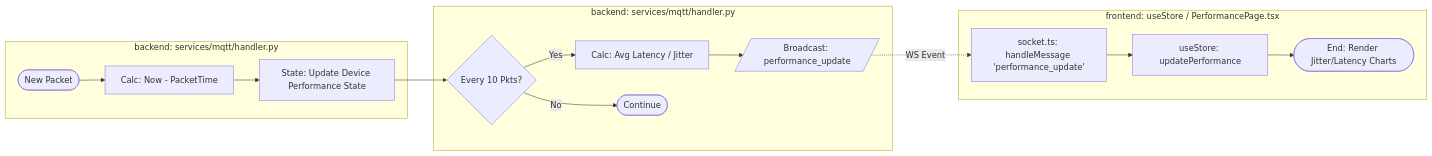
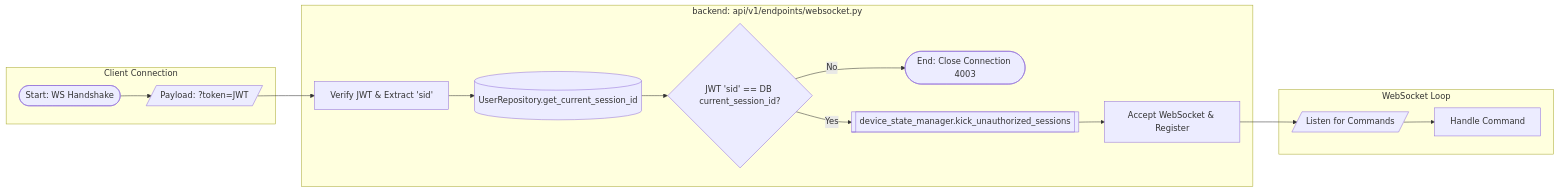
The ninth of 9 diagrams in SYSTEM_FLOWS.md (affanrk/ecg-puskesmas), drawn with Mermaid before and after one commit. The commit also changed other lines of this file and 48 other files, not shown here.

Commit message:
FE: Update frontend components, pages, and system flow documentation

````diff
--- a/SYSTEM_FLOWS.md
+++ b/SYSTEM_FLOWS.md
@@ -534,25 +313,24 @@
 ```mermaid
 flowchart LR
-    %% SWIMLANE: INGESTION
-    subgraph Handler [backend: services/mqtt/handler.py]
-        PktIn([New Packet]) --> CalcLat["Calc: Now - PacketTime"]
-        CalcLat --> UpdateStat["State: Update Device Performance State"]
+    %% SWIMLANE: TRIGGER
+    subgraph Connection [Client Connection]
+        StartWS([Start: WS Handshake]) --> Token[/Payload: ?token=JWT/]
     end
 
-    %% SWIMLANE: LOGGING
-    subgraph Periodic [backend: services/mqtt/handler.py]
-        CheckInt{Every 10 Pkts?}
-        UpdateStat --> CheckInt
-        CheckInt -- Yes --> CalcAgg["Calc: Avg Latency / Jitter"]
-        CheckInt -- No --> Continue([Continue])
+    %% SWIMLANE: BACKEND VALIDATION
+    subgraph Validation [backend: api/v1/endpoints/websocket.py]
+        Token --> VerifyTok[Verify JWT & Extract 'sid']
+        VerifyTok --> Recheck[(UserRepository.get_current_session_id)]
+        Recheck --> Compare{JWT 'sid' == DB current_session_id?}
         
-        CalcAgg --> BroadPerf[/Broadcast: performance_update/]
+        Compare -- No --> CloseWS([End: Close Connection 4003])
+        Compare -- Yes --> KickPrev[[device_state_manager.kick_unauthorized_sessions]]
+        KickPrev --> AcceptWS[Accept WebSocket & Register]
     end
 
-    %% SWIMLANE: FRONTEND
-    subgraph UI [frontend: useStore / PerformancePage.tsx]
-        BroadPerf -.->|WS Event| RecvPerf["socket.ts: handleMessage 'performance_update'"]
-        RecvPerf --> UpdateStore["useStore: updatePerformance"]
-        UpdateStore --> UpdateUI([End: Render Jitter/Latency Charts])
+    %% SWIMLANE: RUNTIME
+    subgraph Runtime [WebSocket Loop]
+        AcceptWS --> Incoming[/Listen for Commands/]
+        Incoming --> Process[Handle Command]
     end
 ```
````
